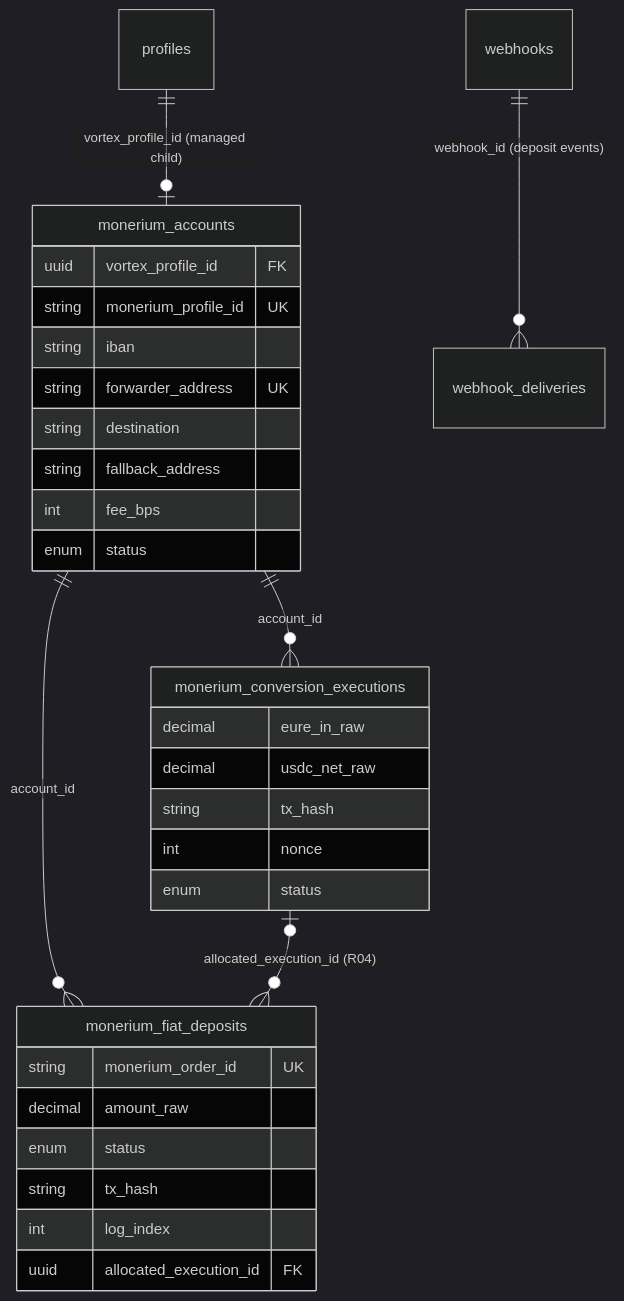
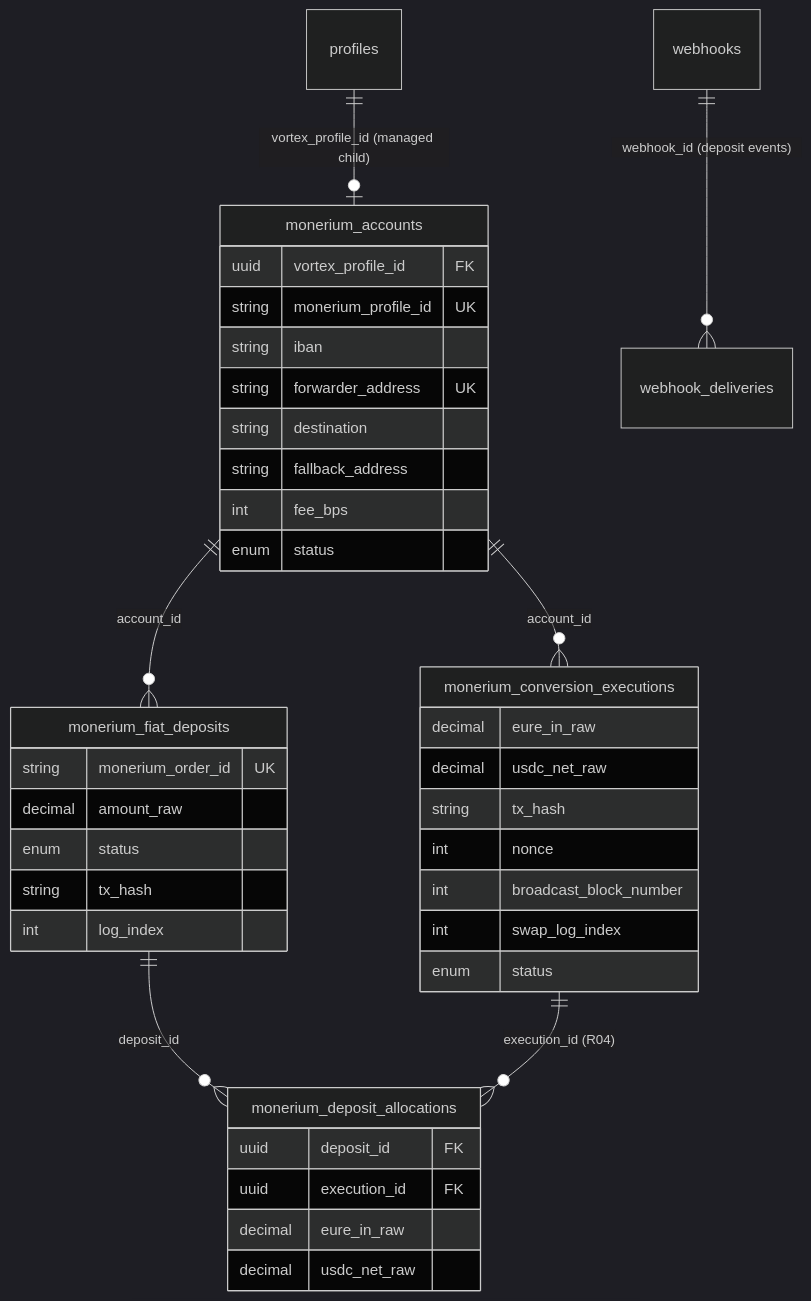
The eighth of 8 diagrams in docs/architecture-monerium-b2b-onramp.md (pendulum-chain/vortex), drawn with Mermaid (dark theme) before and after one commit. The commit also changed other lines of this file and 52 other files, not shown here.

````diff
--- a/docs/architecture-monerium-b2b-onramp.md
+++ b/docs/architecture-monerium-b2b-onramp.md
@@ -302,34 +325,42 @@
 ```mermaid
 erDiagram
     profiles ||--o| monerium_accounts : "vortex_profile_id (managed child)"
     monerium_accounts ||--o{ monerium_fiat_deposits : "account_id"
     monerium_accounts ||--o{ monerium_conversion_executions : "account_id"
-    monerium_conversion_executions |o--o{ monerium_fiat_deposits : "allocated_execution_id (R04)"
+    monerium_fiat_deposits ||--o{ monerium_deposit_allocations : "deposit_id"
+    monerium_conversion_executions ||--o{ monerium_deposit_allocations : "execution_id (R04)"
     webhooks ||--o{ webhook_deliveries : "webhook_id (deposit events)"
 
     monerium_accounts {
         uuid vortex_profile_id FK
         string monerium_profile_id UK
         string iban
         string forwarder_address UK
         string destination
         string fallback_address
         int fee_bps
         enum status
     }
     monerium_fiat_deposits {
         string monerium_order_id UK
         decimal amount_raw
         enum status
         string tx_hash
         int log_index
-        uuid allocated_execution_id FK
     }
     monerium_conversion_executions {
         decimal eure_in_raw
         decimal usdc_net_raw
         string tx_hash
         int nonce
+        int broadcast_block_number
+        int swap_log_index
         enum status
     }
+    monerium_deposit_allocations {
+        uuid deposit_id FK
+        uuid execution_id FK
+        decimal eure_in_raw
+        decimal usdc_net_raw
+    }
 ```
````
